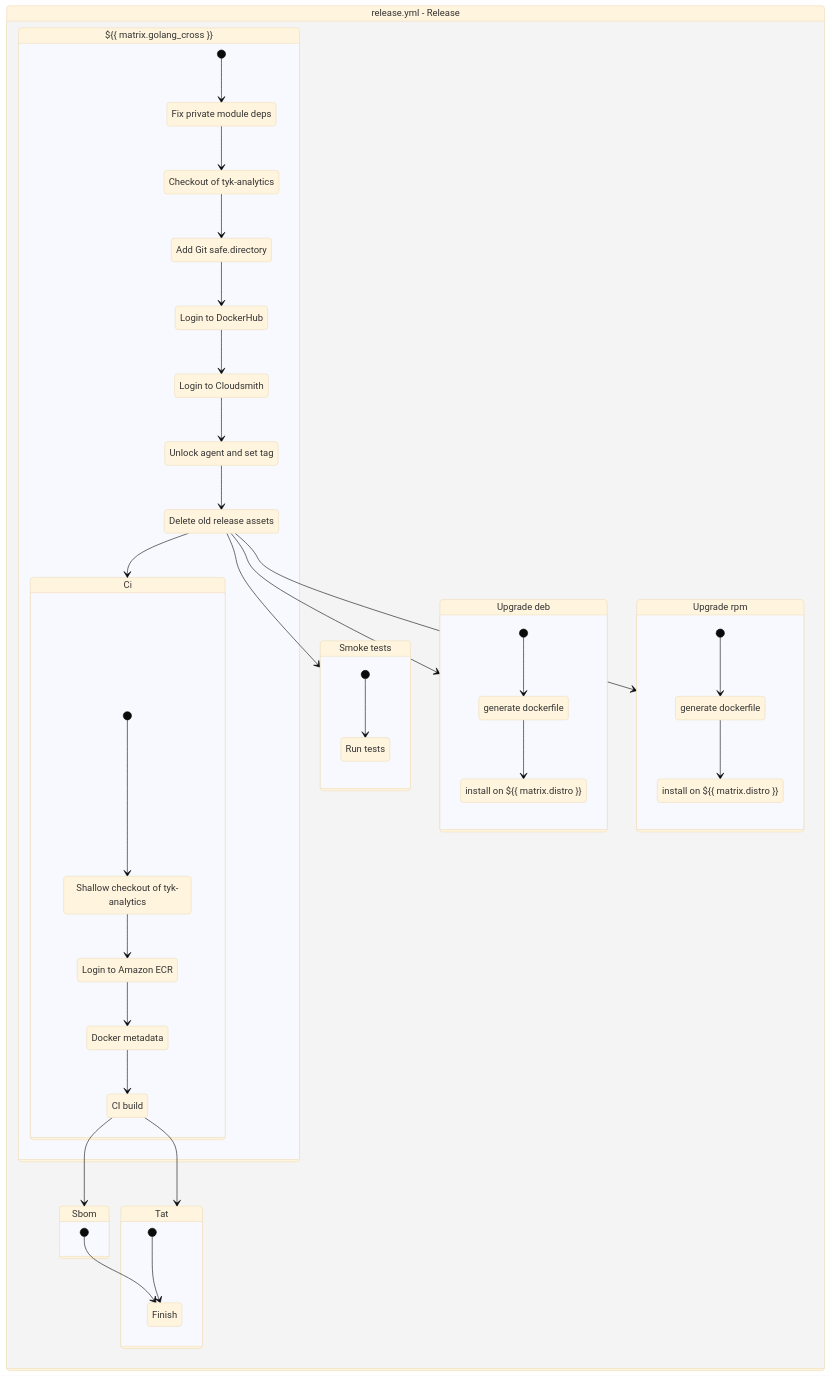
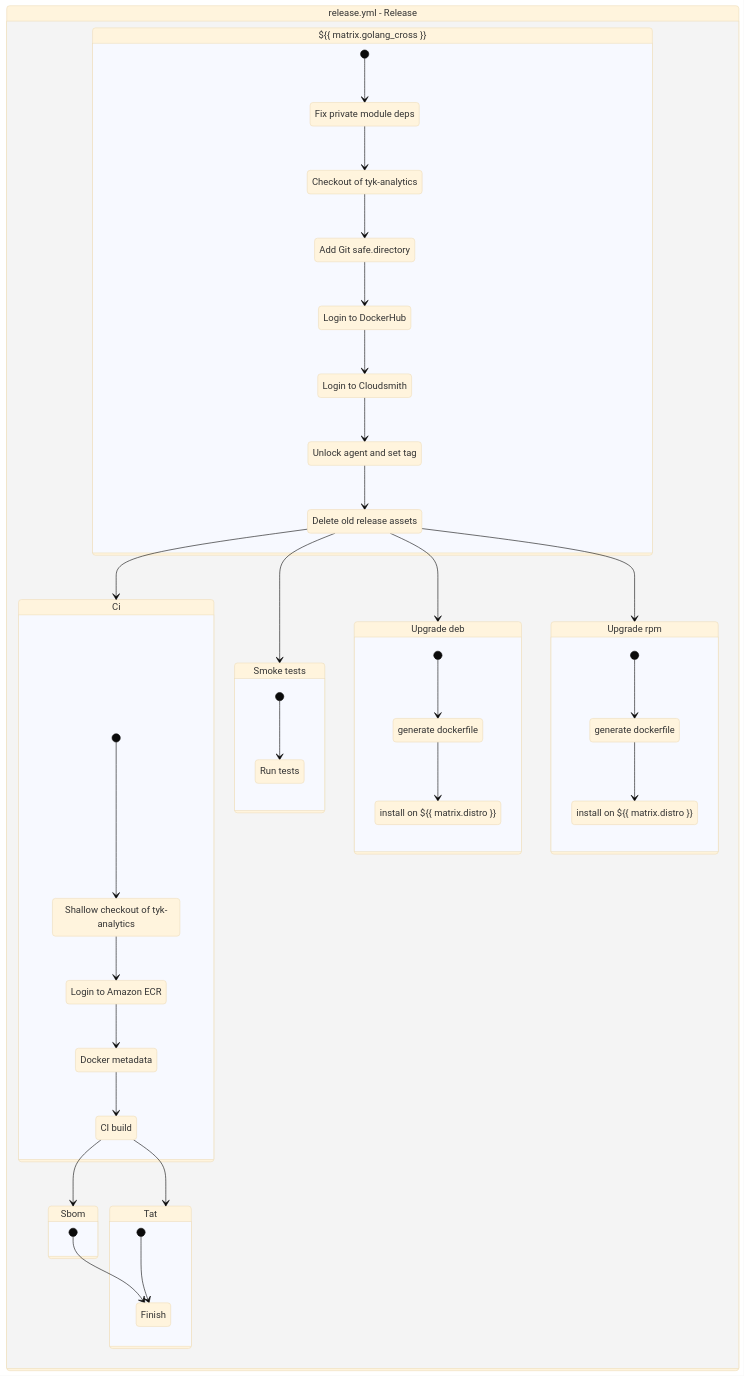
Before and after one commit to TykTechnologies/exp: the diagram in docs/github-actions/tyk-analytics/release.yml.mermaid, drawn with Mermaid (base theme). The commit also changed other lines of this file and 7 other files, not shown here.

```diff
--- a/docs/github-actions/tyk-analytics/release.yml.mermaid
+++ b/docs/github-actions/tyk-analytics/release.yml.mermaid
@@ -1,71 +1,71 @@
 stateDiagram-v2
     workflow : release.yml - Release
     state workflow {
-        ci: Ci
-        state ci {
-            [*] --> step0ci
-            step0ci : Shallow checkout of tyk-analytics
-            step0ci --> step2ci
-            step2ci : Login to Amazon ECR
-            step2ci --> step4ci
-            step4ci : Docker metadata
-            step4ci --> step7ci
-            step7ci : CI build
-            step7ci --> sbom
-            step7ci --> tat
-        }
-
         goreleaser: ${{ matrix.golang_cross }}
         state goreleaser {
             [*] --> step0goreleaser
             step0goreleaser : Fix private module deps
             step0goreleaser --> step1goreleaser
             step1goreleaser : Checkout of tyk-analytics
             step1goreleaser --> step2goreleaser
             step2goreleaser : Add Git safe.directory
             step2goreleaser --> step5goreleaser
             step5goreleaser : Login to DockerHub
             step5goreleaser --> step6goreleaser
             step6goreleaser : Login to Cloudsmith
             step6goreleaser --> step7goreleaser
             step7goreleaser : Unlock agent and set tag
             step7goreleaser --> step8goreleaser
             step8goreleaser : Delete old release assets
             step8goreleaser --> ci
             step8goreleaser --> smoke_tests
             step8goreleaser --> upgrade_deb
             step8goreleaser --> upgrade_rpm
+        }
+
+        ci: Ci
+        state ci {
+            [*] --> step0ci
+            step0ci : Shallow checkout of tyk-analytics
+            step0ci --> step2ci
+            step2ci : Login to Amazon ECR
+            step2ci --> step4ci
+            step4ci : Docker metadata
+            step4ci --> step7ci
+            step7ci : CI build
+            step7ci --> sbom
+            step7ci --> tat
         }
 
         sbom: Sbom
         state sbom {
             [*] --> Finish
         }
 
         smoke_tests: Smoke tests
         state smoke_tests {
             [*] --> step1smoke_tests
             step1smoke_tests : Run tests
         }
 
         tat: Tat
         state tat {
             [*] --> Finish
         }
 
         upgrade_deb: Upgrade deb
         state upgrade_deb {
             [*] --> step4upgrade_deb
             step4upgrade_deb : generate dockerfile
             step4upgrade_deb --> step5upgrade_deb
             step5upgrade_deb : install on ${{ matrix.distro }}
         }
 
         upgrade_rpm: Upgrade rpm
         state upgrade_rpm {
             [*] --> step3upgrade_rpm
             step3upgrade_rpm : generate dockerfile
             step3upgrade_rpm --> step4upgrade_rpm
             step4upgrade_rpm : install on ${{ matrix.distro }}
         }
     }
```
